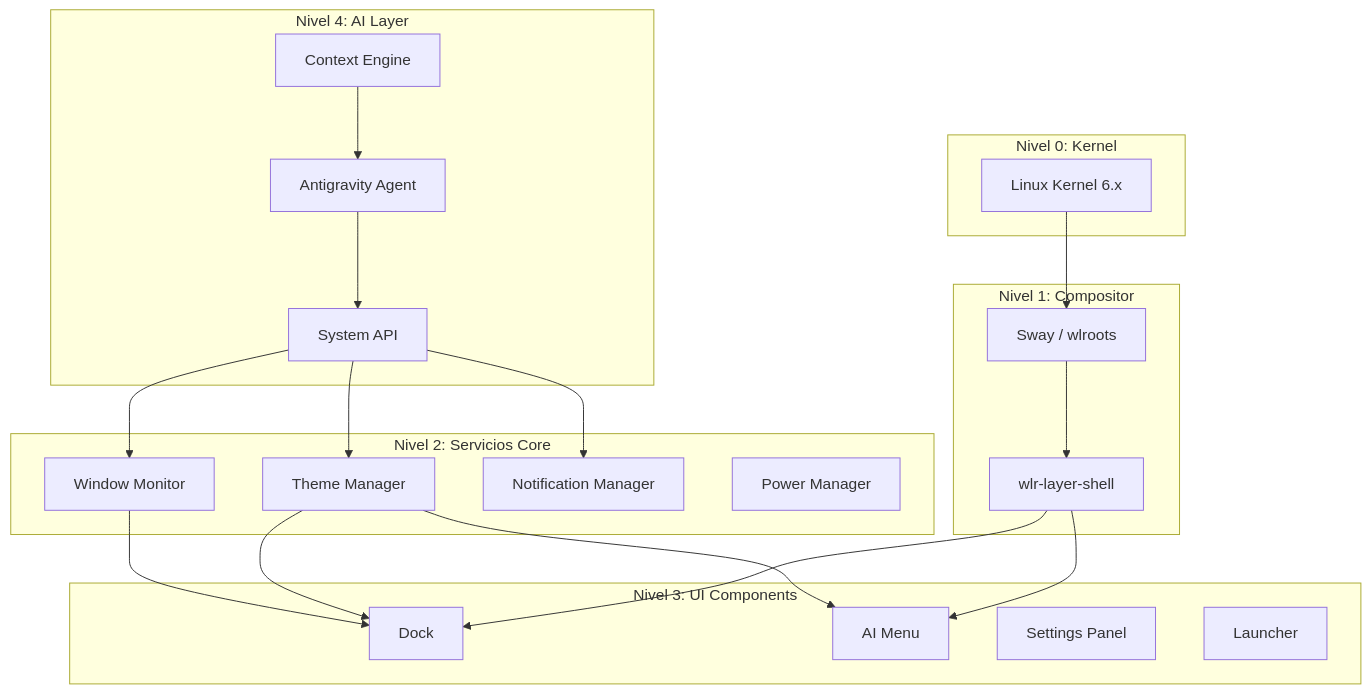
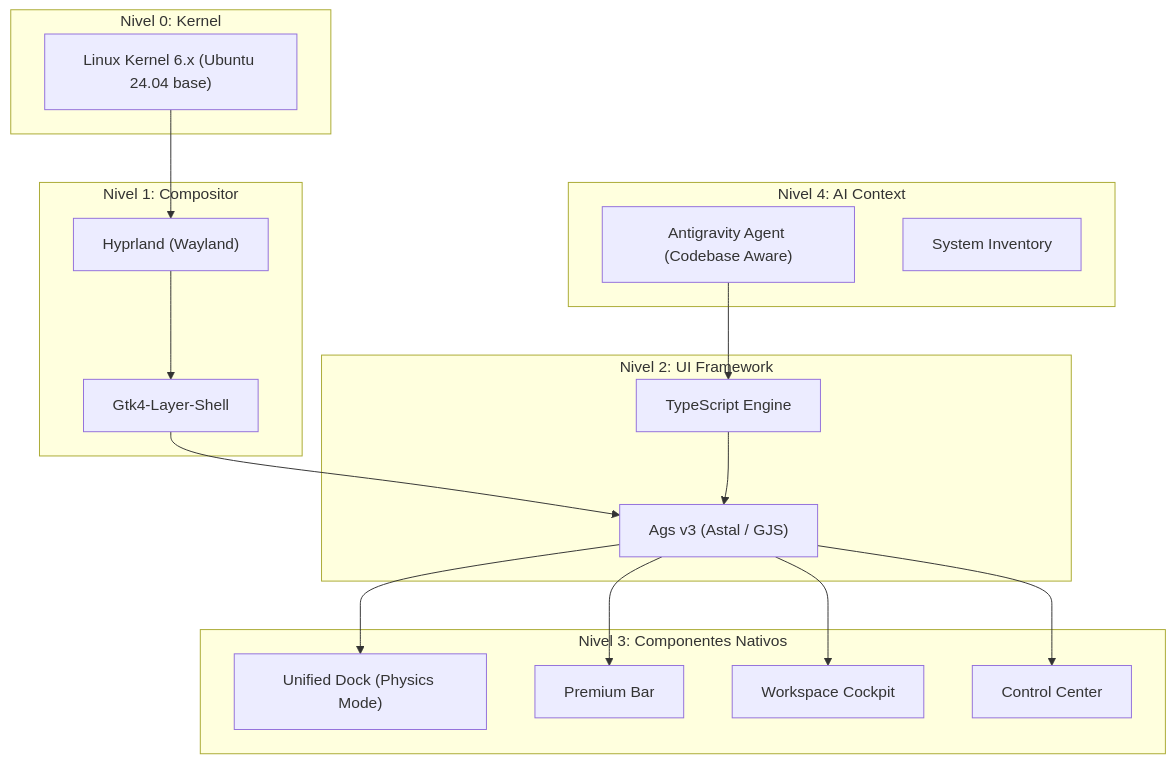
One commit to nidara-project/nidara-desktop changed the diagram in docs/ARCHITECTURE.md. Above: the diagram before and after it, drawn with Mermaid. The commit also changed other lines of this file and 20 other files, not shown here.

First line of the commit message:
feat: stabilize shell, optimize AppGrid search, and add ISO provisioning script

````diff
--- a/docs/ARCHITECTURE.md
+++ b/docs/ARCHITECTURE.md
@@ -31,44 +31,38 @@
 ```mermaid
 graph TB
     subgraph "Nivel 0: Kernel"
-        K[Linux Kernel 6.x]
+        K["Linux Kernel 6.x (Ubuntu 24.04 base)"]
     end
     
     subgraph "Nivel 1: Compositor"
-        C[Sway / wlroots]
-        LS[wlr-layer-shell]
+        C["Hyprland (Wayland)"]
+        LS["Gtk4-Layer-Shell"]
     end
     
-    subgraph "Nivel 2: Servicios Core"
-        TM[Theme Manager]
-        WM[Window Monitor]
-        NM[Notification Manager]
-        PM[Power Manager]
+    subgraph "Nivel 2: UI Framework"
+        AGS["Ags v3 (Astal / GJS)"]
+        TS["TypeScript Engine"]
     end
     
-    subgraph "Nivel 3: UI Components"
-        D[Dock]
-        M[AI Menu]
-        S[Settings Panel]
-        L[Launcher]
+    subgraph "Nivel 3: Componentes Nativos"
+        D["Unified Dock (Physics Mode)"]
+        B["Premium Bar"]
+        WC["Workspace Cockpit"]
+        CC["Control Center"]
     end
     
-    subgraph "Nivel 4: AI Layer"
-        AG[Antigravity Agent]
-        API[System API]
-        CTX[Context Engine]
+    subgraph "Nivel 4: AI Context"
+        AG["Antigravity Agent (Codebase Aware)"]
+        SY["System Inventory"]
     end
     
     K --> C
     C --> LS
-    LS --> D
-    LS --> M
-    TM --> D
-    TM --> M
-    WM --> D
-    AG --> API
-    API --> TM
-    API --> WM
-    API --> NM
-    CTX --> AG
+    LS --> AGS
+    AGS --> D
+    AGS --> B
+    AGS --> WC
+    AGS --> CC
+    AG --> TS
+    TS --> AGS
 ```
````
